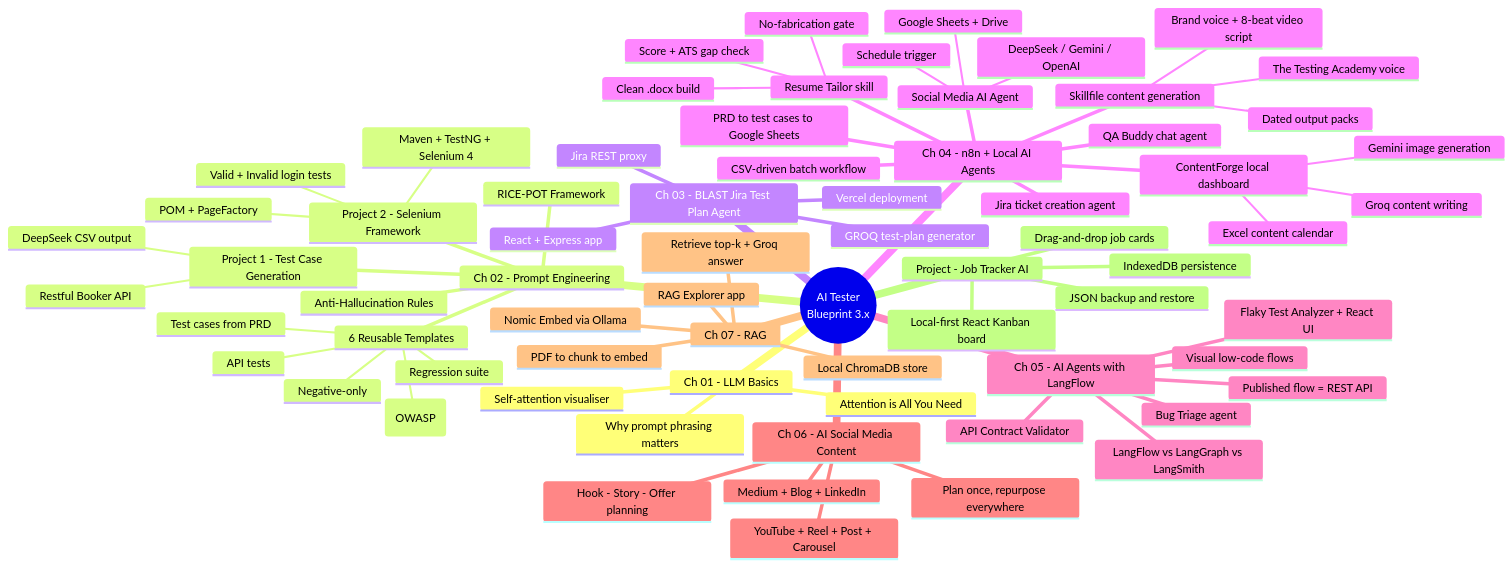
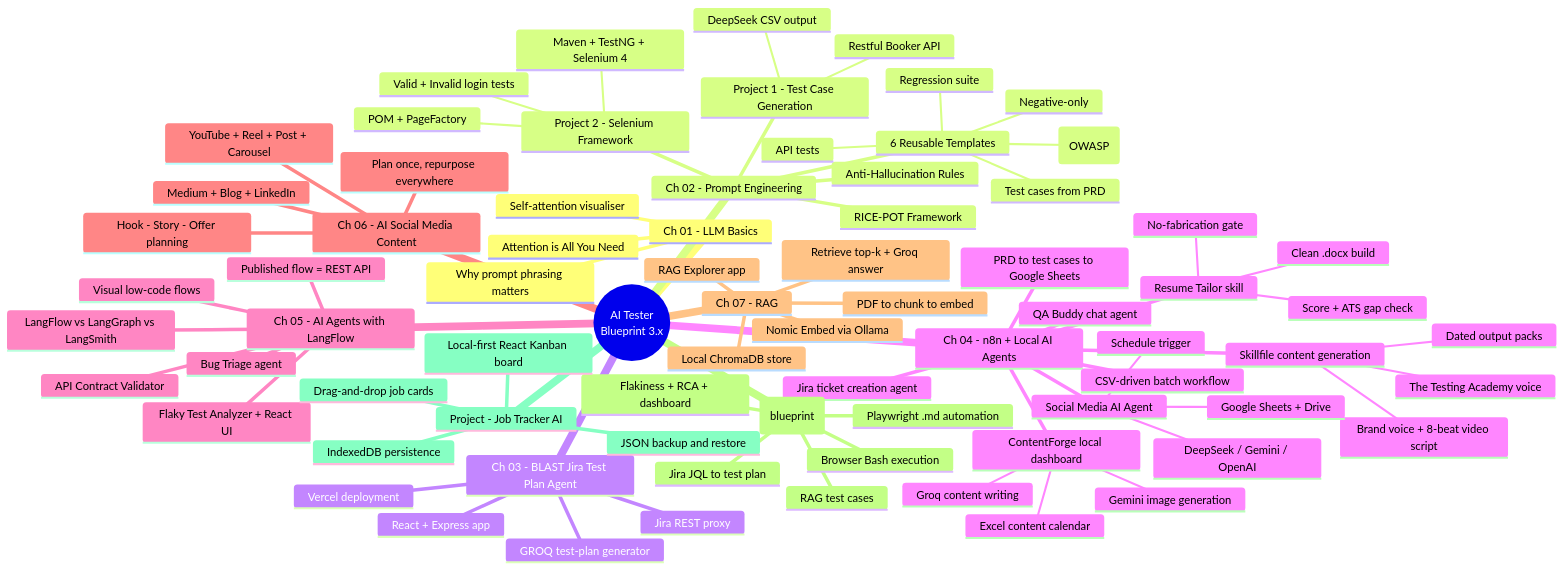
Before and after one commit to Gurpreet-it/AI-Test: the first of 10 diagrams in README.md, drawn with Mermaid. The commit also changed other lines of this file, not shown here.

Commit message:
docs: add E2E AI QA pipeline blueprint to README

````diff
--- a/README.md
+++ b/README.md
@@ -14,73 +14,79 @@
 ```mermaid
 mindmap
   root((AI Tester<br/>Blueprint 3.x))
     Ch 01 - LLM Basics
       Attention is All You Need
       Self-attention visualiser
       Why prompt phrasing matters
     Ch 02 - Prompt Engineering
       Anti-Hallucination Rules
       RICE-POT Framework
       Project 1 - Test Case Generation
         Restful Booker API
         DeepSeek CSV output
       Project 2 - Selenium Framework
         Maven + TestNG + Selenium 4
         POM + PageFactory
         Valid + Invalid login tests
       6 Reusable Templates
         Test cases from PRD
         API tests
         Negative-only
         Security (OWASP)
         Regression suite
     Ch 03 - BLAST Jira Test Plan Agent
       React + Express app
       Jira REST proxy
       GROQ test-plan generator
       Vercel deployment
     Ch 04 - n8n + Local AI Agents
       QA Buddy chat agent
       Jira ticket creation agent
       PRD to test cases to Google Sheets
       CSV-driven batch workflow
       ContentForge local dashboard
         Groq content writing
         Gemini image generation
         Excel content calendar
       Skillfile content generation
         The Testing Academy voice
         Brand voice + 8-beat video script
         Dated output packs
       Social Media AI Agent
         Schedule trigger
         DeepSeek / Gemini / OpenAI
         Google Sheets + Drive
       Resume Tailor skill
         Score + ATS gap check
         No-fabrication gate
         Clean .docx build
     Ch 05 - AI Agents with LangFlow
       Visual low-code flows
       Published flow = REST API
       Flaky Test Analyzer + React UI
       API Contract Validator
       Bug Triage agent
       LangFlow vs LangGraph vs LangSmith
     Ch 06 - AI Social Media Content
       Hook - Story - Offer planning
       YouTube + Reel + Post + Carousel
       Medium + Blog + LinkedIn
       Plan once, repurpose everywhere
     Ch 07 - RAG
       RAG Explorer app
       PDF to chunk to embed
       Nomic Embed via Ollama
       Local ChromaDB store
       Retrieve top-k + Groq answer
+    E2E AI QA Pipeline (blueprint)
+      Jira JQL to test plan
+      RAG test cases
+      Playwright .md automation
+      Browser Bash execution
+      Flakiness + RCA + dashboard
     Project - Job Tracker AI
       Local-first React Kanban board
       IndexedDB persistence
       Drag-and-drop job cards
       JSON backup and restore
 ```
````
